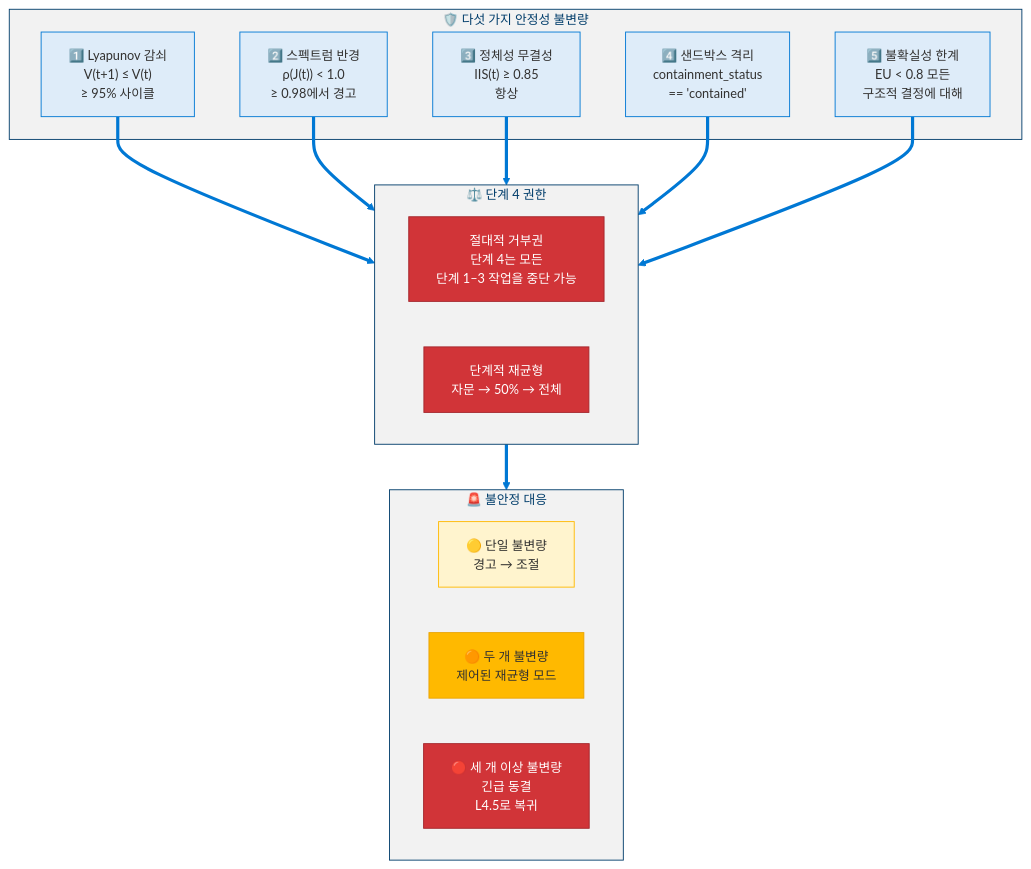
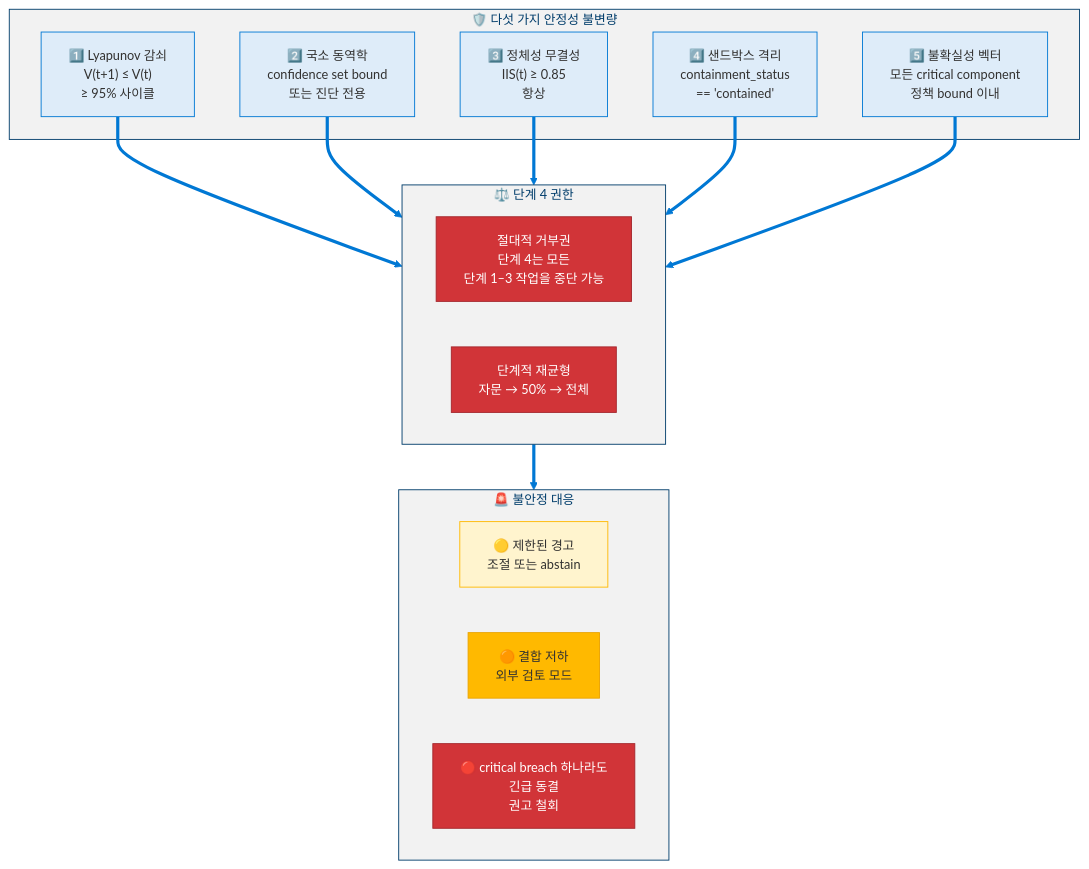
Before and after one commit to dotnetpower/mscp: diagram 13 of 17 in docs/levels/Level_4_8_Strategic_Self_Modeling.ko.md, drawn with Mermaid. The commit also changed other lines of this file and 21 other files, not shown here.

````diff
--- a/docs/levels/Level_4_8_Strategic_Self_Modeling.ko.md
+++ b/docs/levels/Level_4_8_Strategic_Self_Modeling.ko.md
@@ -623,35 +642,35 @@
 ```mermaid
 %%{init: {'theme': 'base', 'themeVariables': {'primaryColor': '#0078D4', 'primaryTextColor': '#003D6B', 'primaryBorderColor': '#003D6B', 'secondaryColor': '#50E6FF', 'secondaryTextColor': '#323130', 'secondaryBorderColor': '#00BCF2', 'tertiaryColor': '#F2F2F2', 'tertiaryTextColor': '#323130', 'lineColor': '#0078D4', 'textColor': '#323130', 'mainBkg': '#DEECF9', 'nodeBorder': '#0078D4', 'clusterBkg': '#F2F2F2', 'clusterBorder': '#003D6B', 'titleColor': '#003D6B', 'edgeLabelBackground': '#FFFFFF', 'fontSize': '14px'}}}%%
 flowchart TD
   classDef inv fill:#DEECF9,stroke:#0078D4,color:#323130
   classDef veto fill:#D13438,stroke:#A4262C,color:#FFF
   classDef sev1 fill:#FFF4CE,stroke:#FFB900,color:#323130
   classDef sev2 fill:#FFB900,stroke:#EAA300,color:#323130
   classDef sev3 fill:#D13438,stroke:#A4262C,color:#FFF
 
   subgraph Invariants["🛡️ 다섯 가지 안정성 불변량"]
     INV1["1️⃣ Lyapunov 감쇠<br/>V(t+1) ≤ V(t)<br/>≥ 95% 사이클"]:::inv
-    INV2["2️⃣ 스펙트럼 반경<br/>ρ(J(t)) < 1.0<br/>≥ 0.98에서 경고"]:::inv
+    INV2["2️⃣ 국소 동역학<br/>confidence set bound<br/>또는 진단 전용"]:::inv
     INV3["3️⃣ 정체성 무결성<br/>IIS(t) ≥ 0.85<br/>항상"]:::inv
     INV4["4️⃣ 샌드박스 격리<br/>containment_status<br/>== 'contained'"]:::inv
-    INV5["5️⃣ 불확실성 한계<br/>EU < 0.8 모든<br/>구조적 결정에 대해"]:::inv
+    INV5["5️⃣ 불확실성 벡터<br/>모든 critical component<br/>정책 bound 이내"]:::inv
   end
 
   subgraph Authority["⚖️ 단계 4 권한"]
     VETO["절대적 거부권<br/>단계 4는 모든<br/>단계 1–3 작업을 중단 가능"]:::veto
     REBAL["단계적 재균형<br/>자문 → 50% → 전체"]:::veto
   end
 
   subgraph Response["🚨 불안정 대응"]
-    SEV1["🟡 단일 불변량<br/>경고 → 조절"]:::sev1
-    SEV2["🟠 두 개 불변량<br/>제어된 재균형 모드"]:::sev2
-    SEV3["🔴 세 개 이상 불변량<br/>긴급 동결<br/>L4.5로 복귀"]:::sev3
+    SEV1["🟡 제한된 경고<br/>조절 또는 abstain"]:::sev1
+    SEV2["🟠 결합 저하<br/>외부 검토 모드"]:::sev2
+    SEV3["🔴 critical breach 하나라도<br/>긴급 동결<br/>권고 철회"]:::sev3
   end
 
   INV1 ==> Authority
   INV2 ==> Authority
   INV3 ==> Authority
   INV4 ==> Authority
   INV5 ==> Authority
   Authority ==> Response
 ```
````
